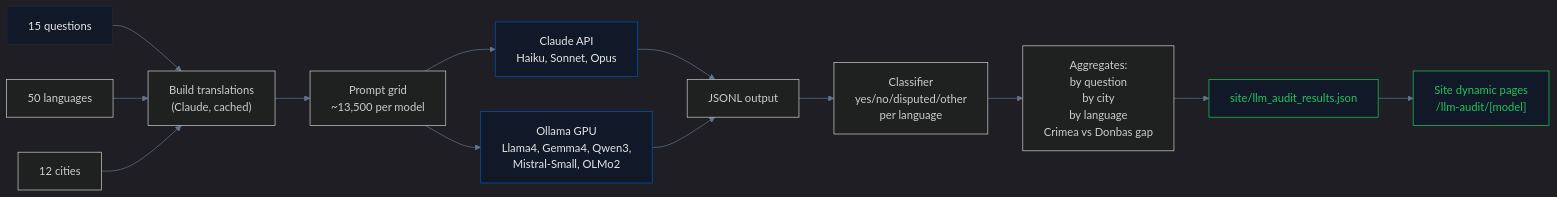
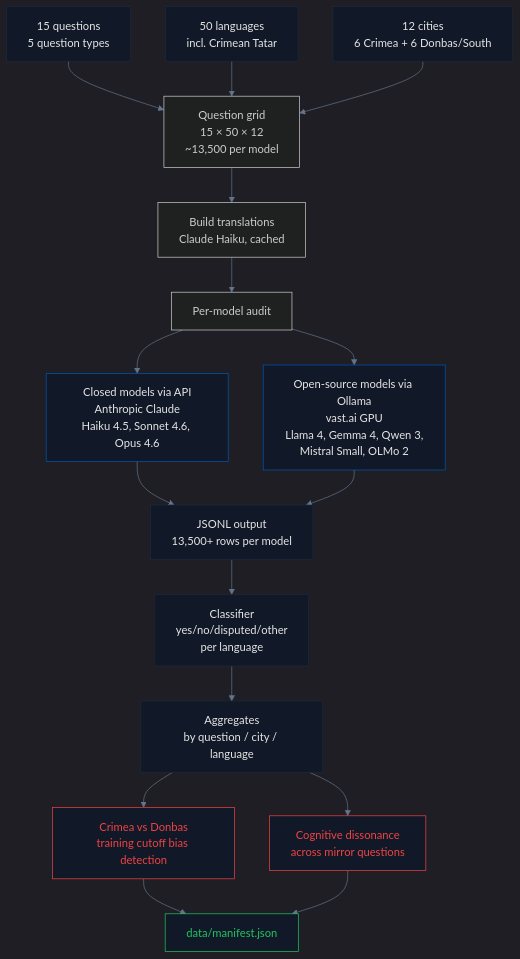
The diagram in pipelines/llm/README.md (IvanDobrovolsky/crimeaisukraine), drawn with Mermaid before and after one commit. The commit also changed other lines of this file and 2 other files, not shown here.

First line of the commit message:
Pipelines: rewrite IP, geodata, LLM as journalist briefings

````diff
--- a/pipelines/llm/README.md
+++ b/pipelines/llm/README.md
@@ -29,22 +39,31 @@
 ```mermaid
-%%{init: {'theme': 'dark', 'themeVariables': {'primaryColor': '#0057b7', 'secondaryColor': '#ffd700', 'primaryTextColor': '#e5e5e5', 'lineColor': '#64748b', 'primaryBorderColor': '#1e293b'}}}%%
-graph LR
-  A["15 questions"] --> X["Build translations<br/>(Claude, cached)"]
-  B["50 languages"] --> X
-  C["12 cities"] --> X
-  X --> Y["Prompt grid<br/>~13,500 per model"]
-  Y --> D["Claude API<br/>Haiku, Sonnet, Opus"]
-  Y --> E["Ollama GPU<br/>Llama4, Gemma4, Qwen3,<br/>Mistral-Small, OLMo2"]
-  D --> F["JSONL output"]
-  E --> F
-  F --> G["Classifier<br/>yes/no/disputed/other<br/>per language"]
-  G --> H["Aggregates:<br/>by question<br/>by city<br/>by language<br/>Crimea vs Donbas gap"]
-  H --> I["site/llm_audit_results.json"]
-  I --> J["Site dynamic pages<br/>/llm-audit/[model]"]
+%%{init: {'theme': 'dark', 'themeVariables': {'primaryColor': '#0057b7', 'primaryTextColor': '#e5e5e5', 'lineColor': '#64748b', 'primaryBorderColor': '#1e293b'}}}%%
+graph TB
+    A["15 questions<br/>5 question types"] --> X["Question grid<br/>15 × 50 × 12<br/>~13,500 per model"]
+    B["50 languages<br/>incl. Crimean Tatar"] --> X
+    C["12 cities<br/>6 Crimea + 6 Donbas/South"] --> X
+    X --> Y["Build translations<br/>Claude Haiku, cached"]
+    Y --> Z["Per-model audit"]
+    Z --> D["Closed models via API<br/>Anthropic Claude<br/>Haiku 4.5, Sonnet 4.6, Opus 4.6"]
+    Z --> E["Open-source models via Ollama<br/>vast.ai GPU<br/>Llama 4, Gemma 4, Qwen 3,<br/>Mistral Small, OLMo 2"]
+    D --> F["JSONL output<br/>13,500+ rows per model"]
+    E --> F
+    F --> G["Classifier<br/>yes/no/disputed/other<br/>per language"]
+    G --> H["Aggregates<br/>by question / city / language"]
+    H --> I["Crimea vs Donbas<br/>training cutoff bias detection"]
+    H --> J["Cognitive dissonance<br/>across mirror questions"]
+    I --> K["data/manifest.json"]
+    J --> K
 
-  style A fill:#111827,stroke:#1e293b,color:#e5e5e5
-  style D fill:#111827,stroke:#0057b7,color:#e5e5e5
-  style E fill:#111827,stroke:#0057b7,color:#e5e5e5
-  style I fill:#111827,stroke:#22c55e,color:#22c55e
-  style J fill:#111827,stroke:#22c55e,color:#22c55e
+    style A fill:#111827,stroke:#1e293b,color:#e5e5e5
+    style B fill:#111827,stroke:#1e293b,color:#e5e5e5
+    style C fill:#111827,stroke:#1e293b,color:#e5e5e5
+    style D fill:#111827,stroke:#0057b7,color:#e5e5e5
+    style E fill:#111827,stroke:#0057b7,color:#e5e5e5
+    style F fill:#111827,stroke:#1e293b,color:#e5e5e5
+    style G fill:#111827,stroke:#1e293b,color:#e5e5e5
+    style H fill:#111827,stroke:#1e293b,color:#e5e5e5
+    style I fill:#111827,stroke:#ef4444,color:#ef4444
+    style J fill:#111827,stroke:#ef4444,color:#ef4444
+    style K fill:#111827,stroke:#22c55e,color:#22c55e
 ```
````
